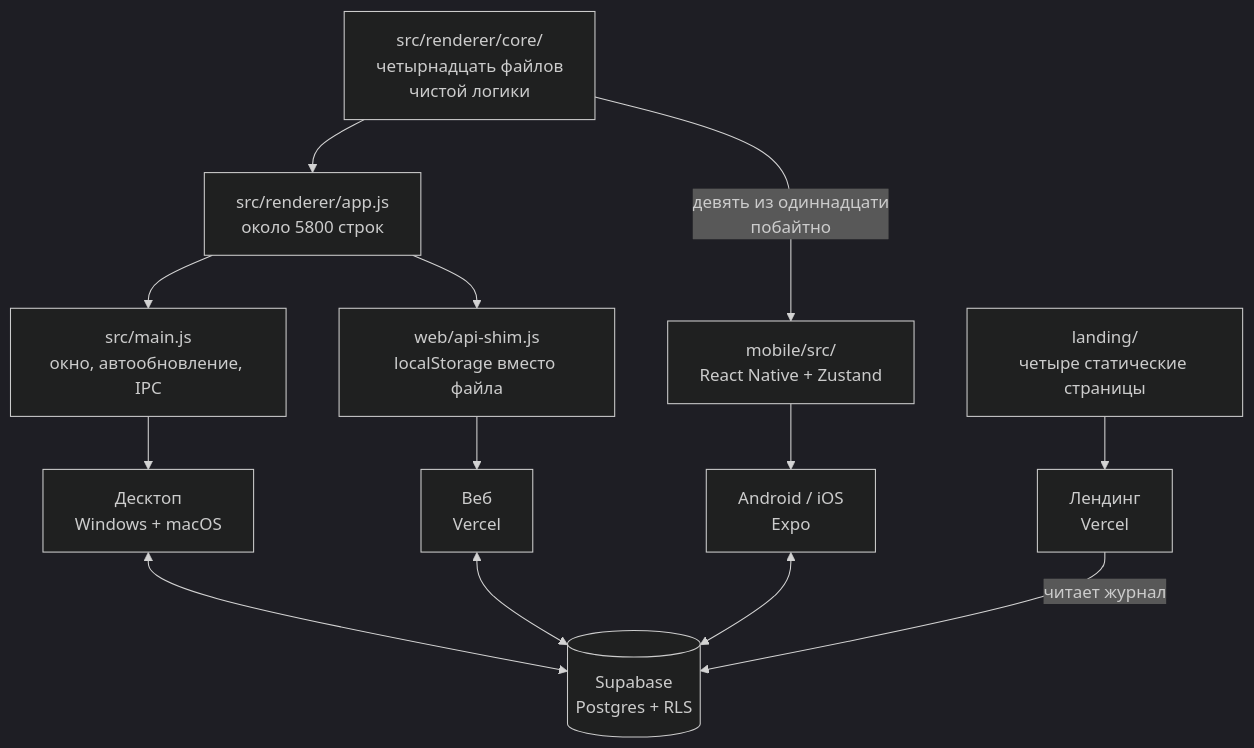
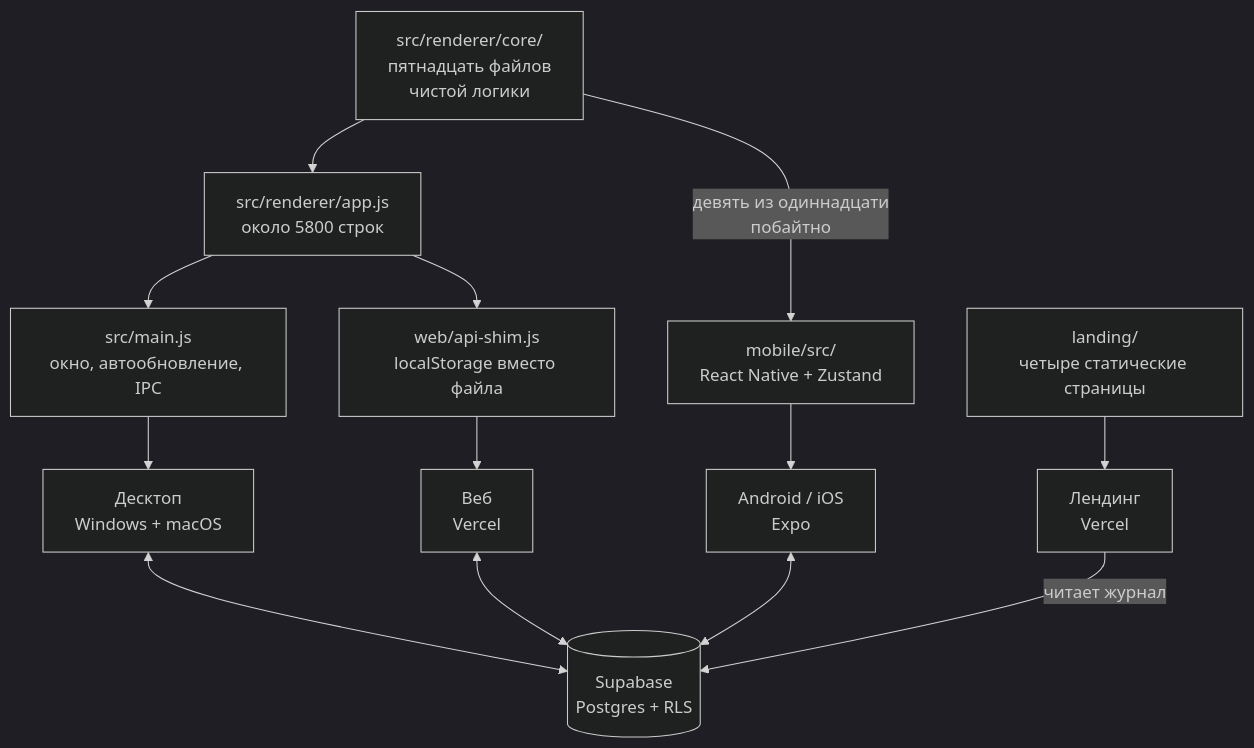
One commit to lancibleofficial/Lancible changed the first of 2 diagrams in ARCHITECTURE.md. Above: the diagram before and after it, drawn with Mermaid (dark theme). The commit also changed other lines of this file and 17 other files, not shown here.

````diff
--- a/ARCHITECTURE.md
+++ b/ARCHITECTURE.md
@@ -22,25 +22,25 @@
 ```mermaid
 graph TD
-    CORE["src/renderer/core/<br/>четырнадцать файлов<br/>чистой логики"]
+    CORE["src/renderer/core/<br/>пятнадцать файлов<br/>чистой логики"]
 
     APP["src/renderer/app.js<br/>около 5800 строк"]
     MAIN["src/main.js<br/>окно, автообновление, IPC"]
     SHIM["web/api-shim.js<br/>localStorage вместо файла"]
     MOB["mobile/src/<br/>React Native + Zustand"]
     LAND["landing/<br/>четыре статические страницы"]
 
     CORE --> APP
     CORE -->|"девять из одиннадцати<br/>побайтно"| MOB
     APP --> MAIN
     APP --> SHIM
     MAIN --> DESK["Десктоп<br/>Windows + macOS"]
     SHIM --> WEB["Веб<br/>Vercel"]
     MOB --> ANDROID["Android / iOS<br/>Expo"]
     LAND --> SITE["Лендинг<br/>Vercel"]
 
     SB[("Supabase<br/>Postgres + RLS")]
     DESK <--> SB
     WEB <--> SB
     ANDROID <--> SB
     SITE -->|"читает журнал"| SB
 ```
````
